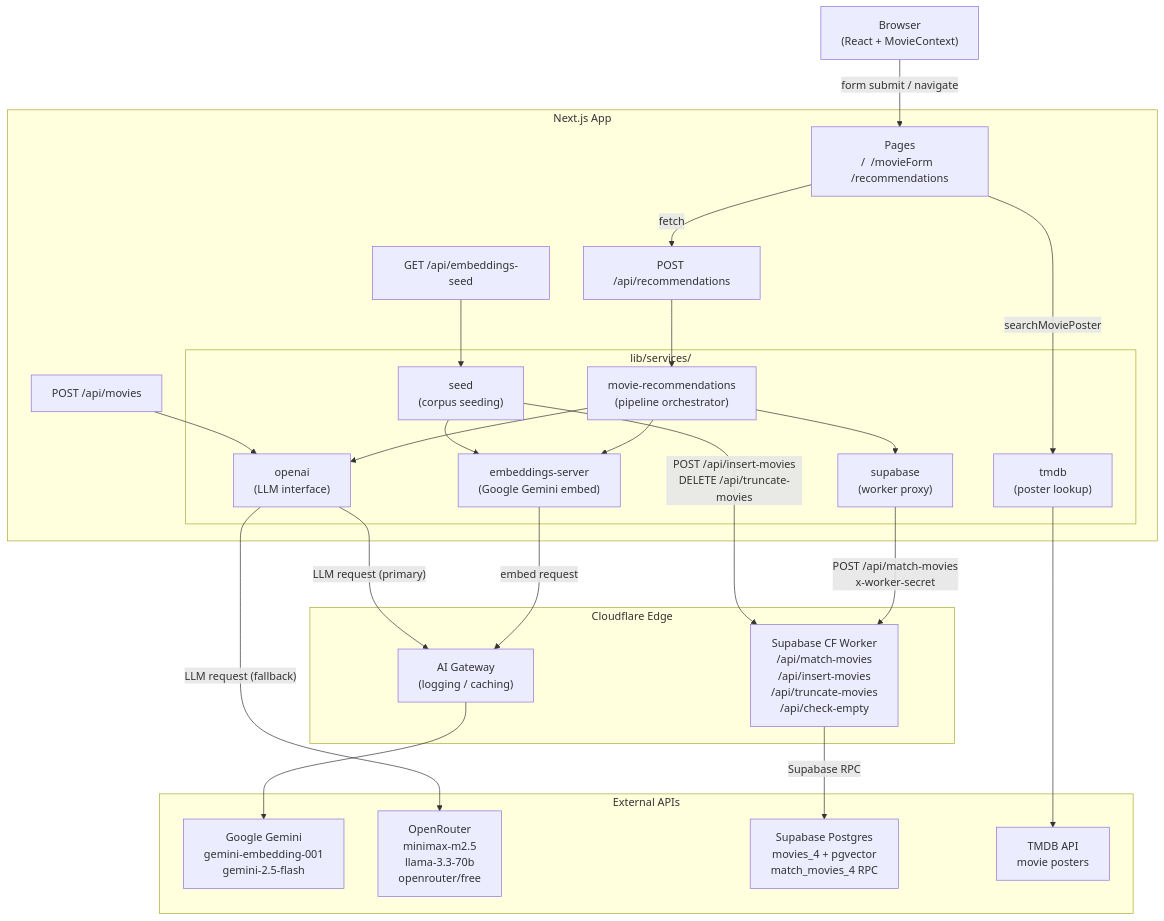
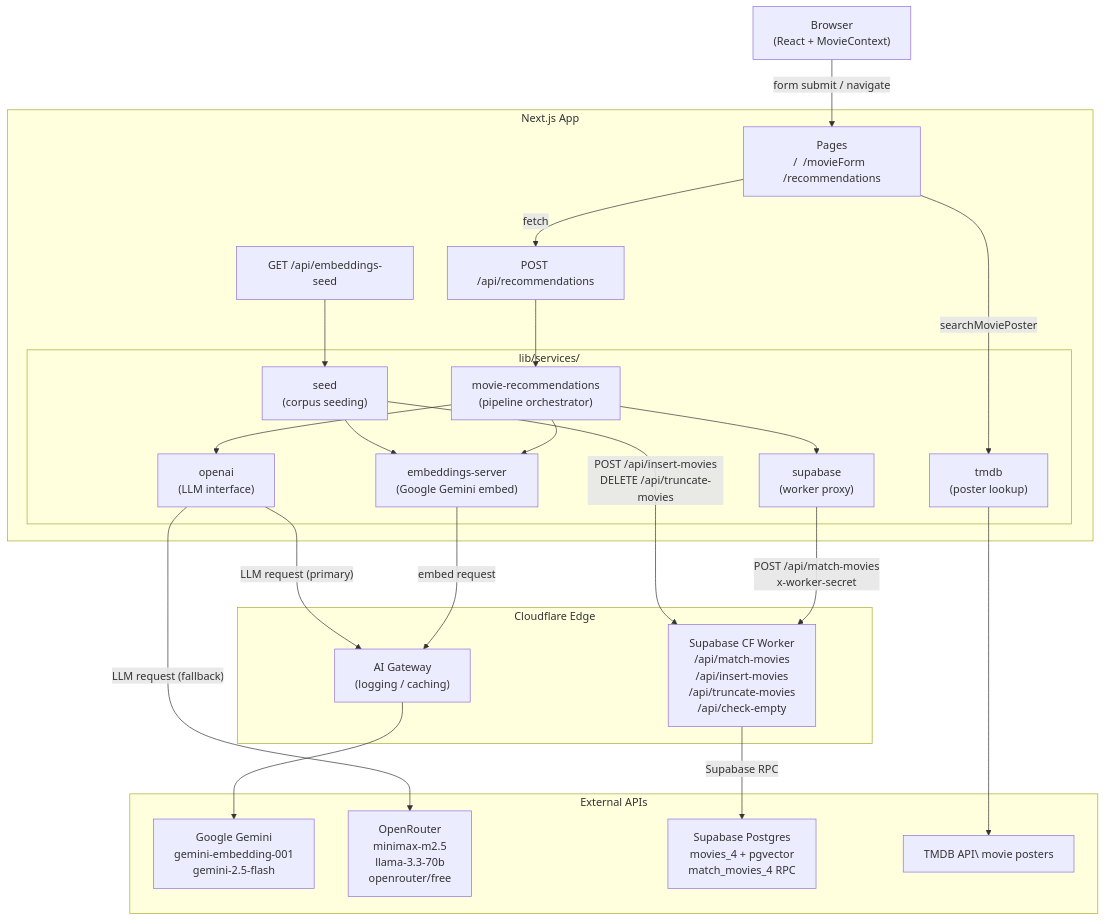
Before and after one commit to CodeHunt101/plotline-ai: the first of 4 diagrams in docs/diagrams.md, drawn with Mermaid.

Commit message:
docs: update diagrams to remove deprecated API endpoint and fix formatting issues for clarity

````diff
--- a/docs/diagrams.md
+++ b/docs/diagrams.md
@@ -7,55 +7,53 @@
 ```mermaid
 graph TD
     Browser["Browser\n(React + MovieContext)"]
 
     subgraph NextJS["Next.js App"]
         Pages["Pages\n/  /movieForm  /recommendations"]
         API_Rec["POST /api/recommendations"]
-        API_Mov["POST /api/movies"]
         API_Seed["GET /api/embeddings-seed"]
 
         subgraph Services["lib/services/"]
             SvcRec["movie-recommendations\n(pipeline orchestrator)"]
             SvcEmb["embeddings-server\n(Google Gemini embed)"]
             SvcOAI["openai\n(LLM interface)"]
             SvcSup["supabase\n(worker proxy)"]
             SvcTMDB["tmdb\n(poster lookup)"]
             SvcSeed["seed\n(corpus seeding)"]
         end
     end
 
     subgraph CloudflareEdge["Cloudflare Edge"]
         AIGateway["AI Gateway\n(logging / caching)"]
         Worker["Supabase CF Worker\n/api/match-movies\n/api/insert-movies\n/api/truncate-movies\n/api/check-empty"]
     end
 
     subgraph ExternalAPIs["External APIs"]
         Gemini["Google Gemini\ngemini-embedding-001\ngemini-2.5-flash"]
         OpenRouter["OpenRouter\nminimax-m2.5\nllama-3.3-70b\nopenrouter/free"]
         SupabaseDB["Supabase Postgres\nmovies_4 + pgvector\nmatch_movies_4 RPC"]
-        TMDB["TMDB API\nmovie posters"]
+        TMDB["TMDB API\ movie posters"]
     end
 
     Browser -->|"form submit / navigate"| Pages
     Pages -->|"fetch"| API_Rec
     API_Rec --> SvcRec
     SvcRec --> SvcEmb
     SvcRec --> SvcSup
     SvcRec --> SvcOAI
-    API_Mov --> SvcOAI
     API_Seed --> SvcSeed
     SvcSeed --> SvcEmb
 
     SvcEmb -->|"embed request"| AIGateway
     SvcOAI -->|"LLM request (primary)"| AIGateway
     AIGateway --> Gemini
 
     SvcOAI -->|"LLM request (fallback)"| OpenRouter
 
     SvcSup -->|"POST /api/match-movies\nx-worker-secret"| Worker
     SvcSeed -->|"POST /api/insert-movies\nDELETE /api/truncate-movies"| Worker
     Worker -->|"Supabase RPC"| SupabaseDB
 
     Pages -->|"searchMoviePoster"| SvcTMDB
     SvcTMDB --> TMDB
 ```
````
